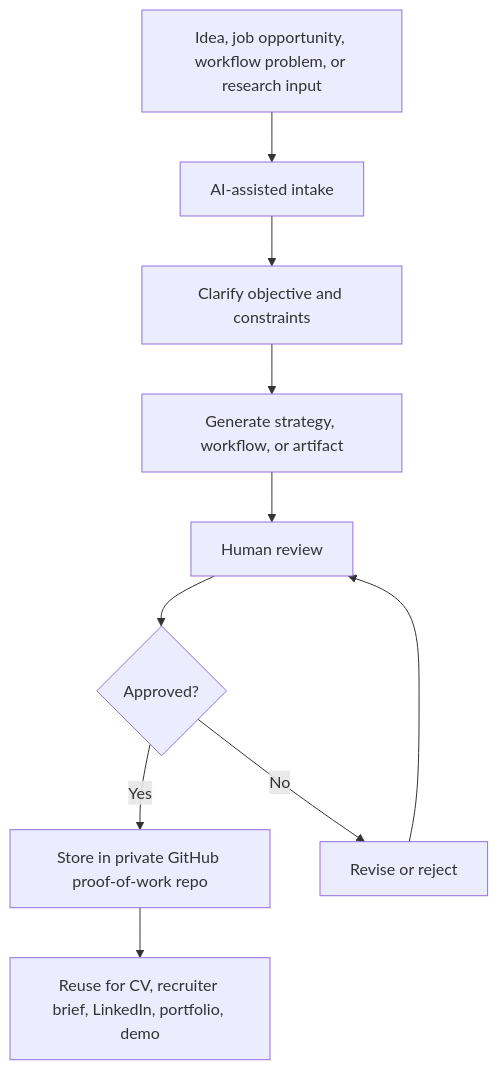
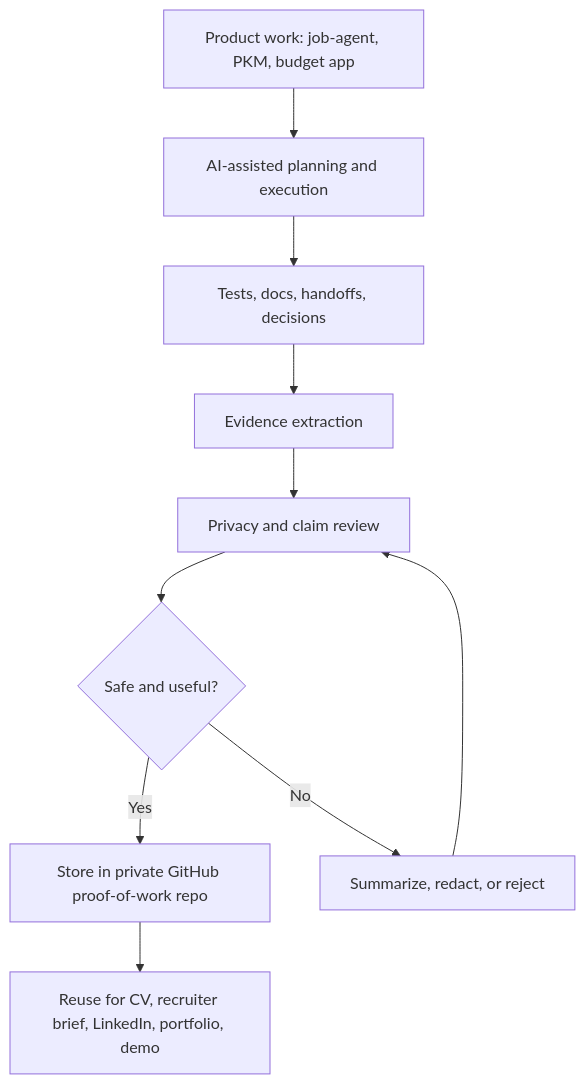
The diagram in diagrams/USER_FLOW.md (marcus-uden-dev/ai-native-proof-of-work), drawn with Mermaid before and after one commit. The commit also changed other lines of this file and 28 other files, not shown here.

Commit message:
Reposition proof-of-work around project evidence

````diff
--- a/diagrams/USER_FLOW.md
+++ b/diagrams/USER_FLOW.md
@@ -6,12 +6,12 @@
 ```mermaid
 flowchart TD
-    A[Idea, job opportunity, workflow problem, or research input] --> B[AI-assisted intake]
-    B --> C[Clarify objective and constraints]
-    C --> D[Generate strategy, workflow, or artifact]
-    D --> E[Human review]
-    E --> F{Approved?}
+    A[Product work: job-agent, PKM, budget app] --> B[AI-assisted planning and execution]
+    B --> C[Tests, docs, handoffs, decisions]
+    C --> D[Evidence extraction]
+    D --> E[Privacy and claim review]
+    E --> F{Safe and useful?}
     F -->|Yes| G[Store in private GitHub proof-of-work repo]
-    F -->|No| H[Revise or reject]
+    F -->|No| H[Summarize, redact, or reject]
     H --> E
     G --> I[Reuse for CV, recruiter brief, LinkedIn, portfolio, demo]
 ```
````
